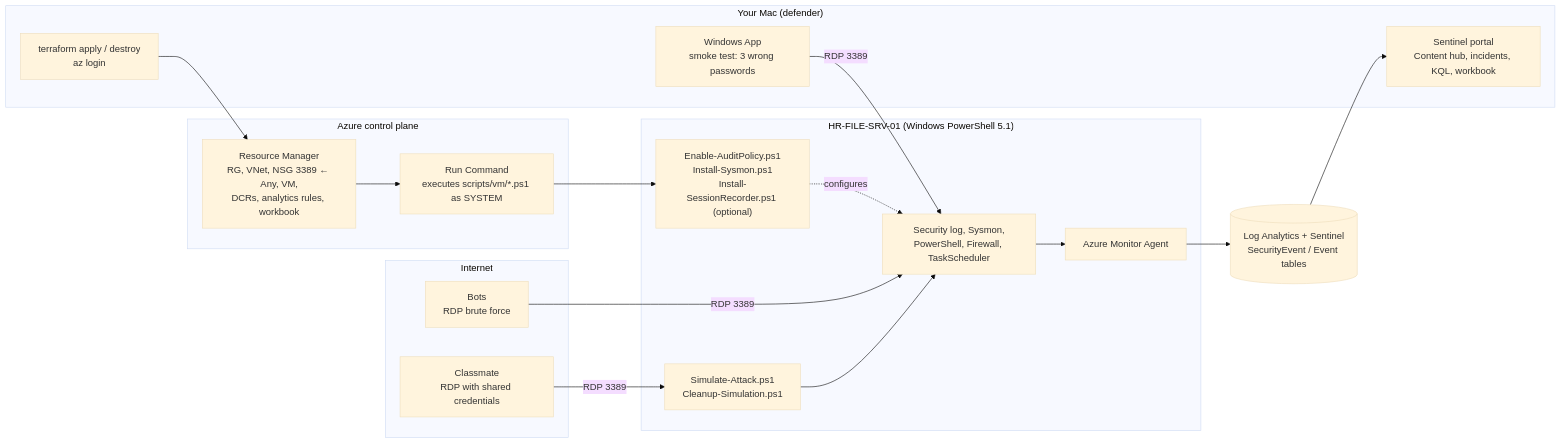
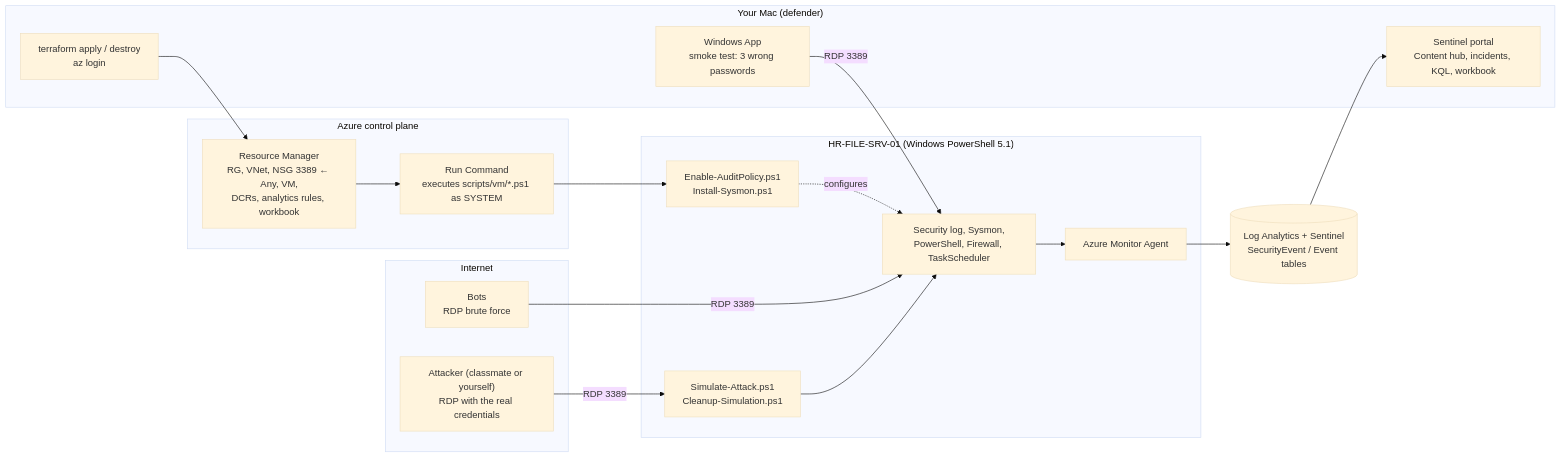
The diagram in README.md (someson/honeypot-training), drawn with Mermaid (base theme) before and after one commit. The commit also changed other lines of this file, not shown here.

````diff
--- a/README.md
+++ b/README.md
@@ -43,36 +52,36 @@
 ```mermaid
 flowchart LR
     subgraph MAC["Your Mac (defender)"]
         TF["terraform apply / destroy<br/>az login"]
         APP["Windows App<br/>smoke test: 3 wrong passwords"]
         PORTAL["Sentinel portal<br/>Content hub, incidents, KQL, workbook"]
     end
 
     subgraph AZ["Azure control plane"]
         ARM["Resource Manager<br/>RG, VNet, NSG 3389 ← Any, VM,<br/>DCRs, analytics rules, workbook"]
         RC["Run Command<br/>executes scripts/vm/*.ps1 as SYSTEM"]
     end
 
     subgraph VM["HR-FILE-SRV-01 (Windows PowerShell 5.1)"]
-        BOOT["Enable-AuditPolicy.ps1<br/>Install-Sysmon.ps1<br/>Install-SessionRecorder.ps1 (optional)"]
+        BOOT["Enable-AuditPolicy.ps1<br/>Install-Sysmon.ps1"]
         LOGS["Security log, Sysmon,<br/>PowerShell, Firewall, TaskScheduler"]
         AMA["Azure Monitor Agent"]
         SIM["Simulate-Attack.ps1<br/>Cleanup-Simulation.ps1"]
     end
 
     subgraph EXT["Internet"]
         BOTS["Bots<br/>RDP brute force"]
-        MATE["Classmate<br/>RDP with shared credentials"]
+        MATE["Attacker (classmate or yourself)<br/>RDP with the real credentials"]
     end
 
     LAW[("Log Analytics + Sentinel<br/>SecurityEvent / Event tables")]
 
     TF --> ARM
     ARM --> RC --> BOOT
     BOOT -. configures .-> LOGS
     APP -- "RDP 3389" --> LOGS
     BOTS -- "RDP 3389" --> LOGS
     MATE -- "RDP 3389" --> SIM --> LOGS
     LOGS --> AMA --> LAW
     LAW --> PORTAL
 ```
````
